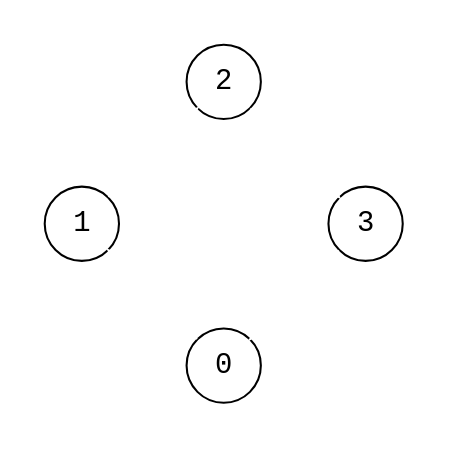
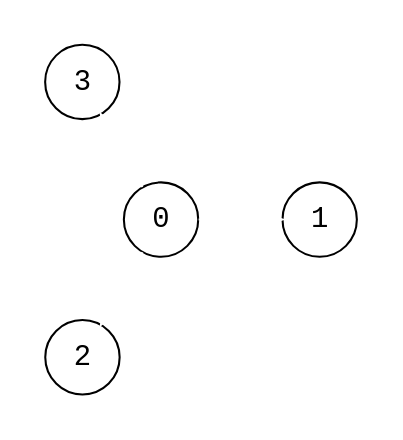
One commit to bsdrks/graaf-images changed the diagram in src/empty_4.dot. Above: the diagram before and after it, drawn with Graphviz. The commit also changed 168 other files, not shown here.

```diff
--- a/src/empty_4.dot
+++ b/src/empty_4.dot
@@ -1,8 +1,9 @@
 digraph {
-    node [shape=circle, fontname="monospace"];
+    node [shape=circle, fontname="monospace"; fixedsize=true, width="0.5"];
     edge [arrowsize=0.6];
-    layout=circo;
+    normalize=true;
+    layout=neato;
     pad=0.2;
 
-    0 -> 1 -> 2 -> 3 -> 0 [color="white"];
+    0 -> {1; 2; 3} [color="white"];
 }
```
